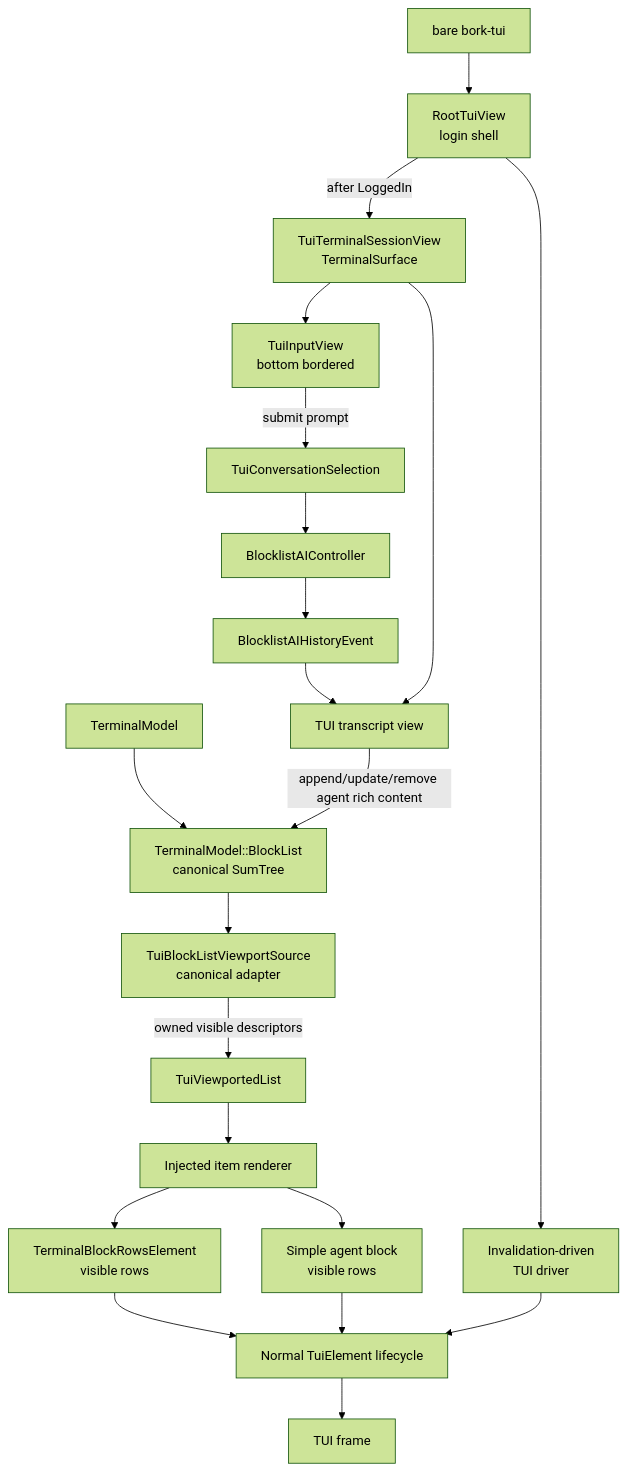
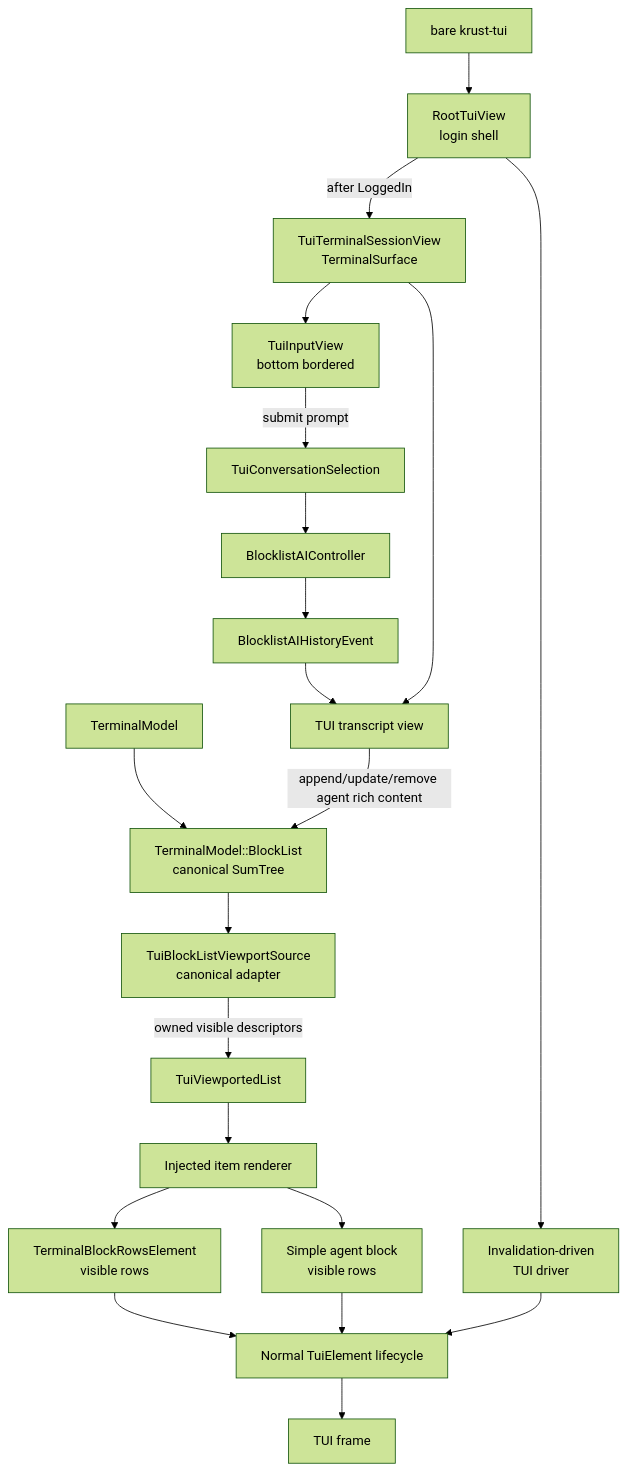
The diagram in specs/tui-transcript-view/TECH.md (antikrust/krust-terminal), drawn with Mermaid (forest theme) before and after one commit. The commit also changed other lines of this file and 4480 other files, not shown here.

First line of the commit message:
Rebrand Bork -> Krust

````diff
--- a/specs/tui-transcript-view/TECH.md
+++ b/specs/tui-transcript-view/TECH.md
@@ -129,23 +129,23 @@
 ```mermaid
 flowchart TD
-  Init["bare bork-tui"] --> Root["RootTuiView<br/>login shell"]
+  Init["bare krust-tui"] --> Root["RootTuiView<br/>login shell"]
   Root --> Driver["Invalidation-driven<br/>TUI driver"]
   Root -->|after LoggedIn| Session["TuiTerminalSessionView<br/>TerminalSurface"]
   Session --> Input["TuiInputView<br/>bottom bordered"]
   Input -->|submit prompt| Selection["TuiConversationSelection"]
   Selection --> Controller["BlocklistAIController"]
   Controller --> History
   History["BlocklistAIHistoryEvent"] --> Transcript["TUI transcript view"]
   Session --> Transcript
   TerminalModel --> BlockList["TerminalModel::BlockList<br/>canonical SumTree"]
   Transcript -->|append/update/remove agent rich content| BlockList
   BlockList --> Index["TuiBlockListViewportSource<br/>canonical adapter"]
   Index -->|owned visible descriptors| Viewport["TuiViewportedList"]
   Viewport --> Render["Injected item renderer"]
   Render --> Terminal["TerminalBlockRowsElement<br/>visible rows"]
   Render --> Agent["Simple agent block<br/>visible rows"]
   Terminal --> Presenter["Normal TuiElement lifecycle"]
   Agent --> Presenter
   Presenter --> Frame["TUI frame"]
   Driver --> Presenter
 ```
````
